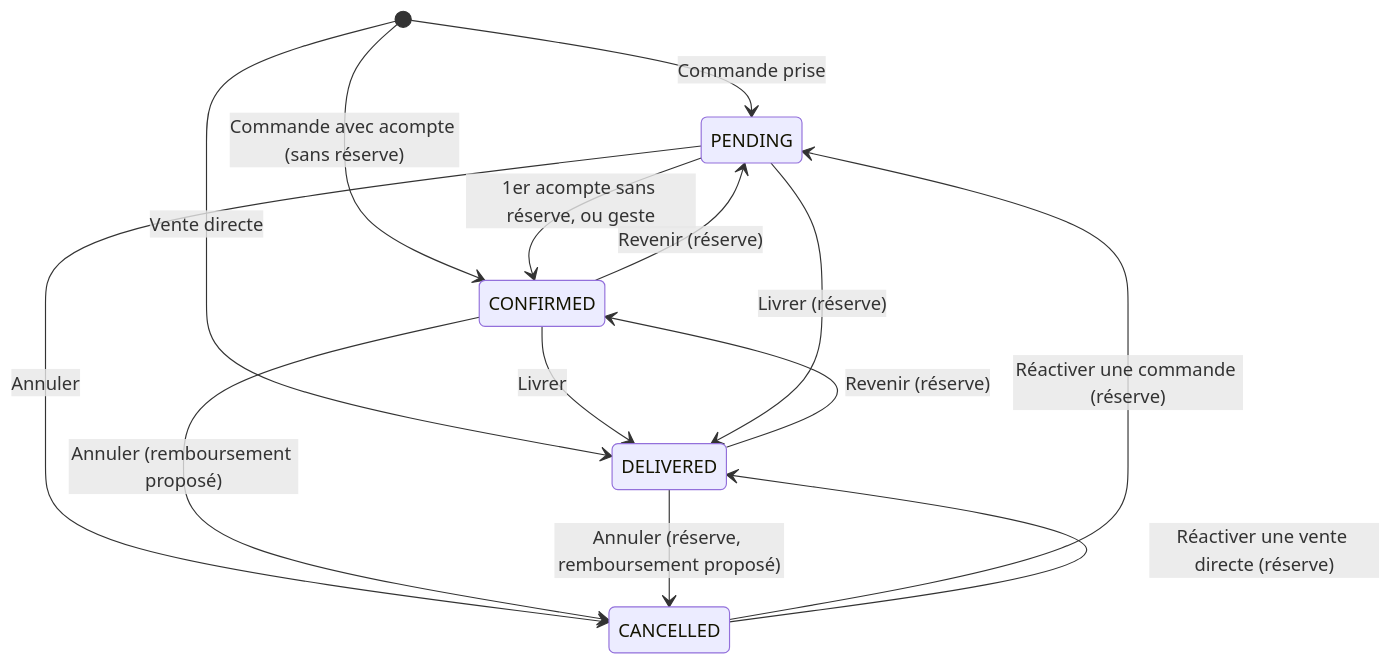
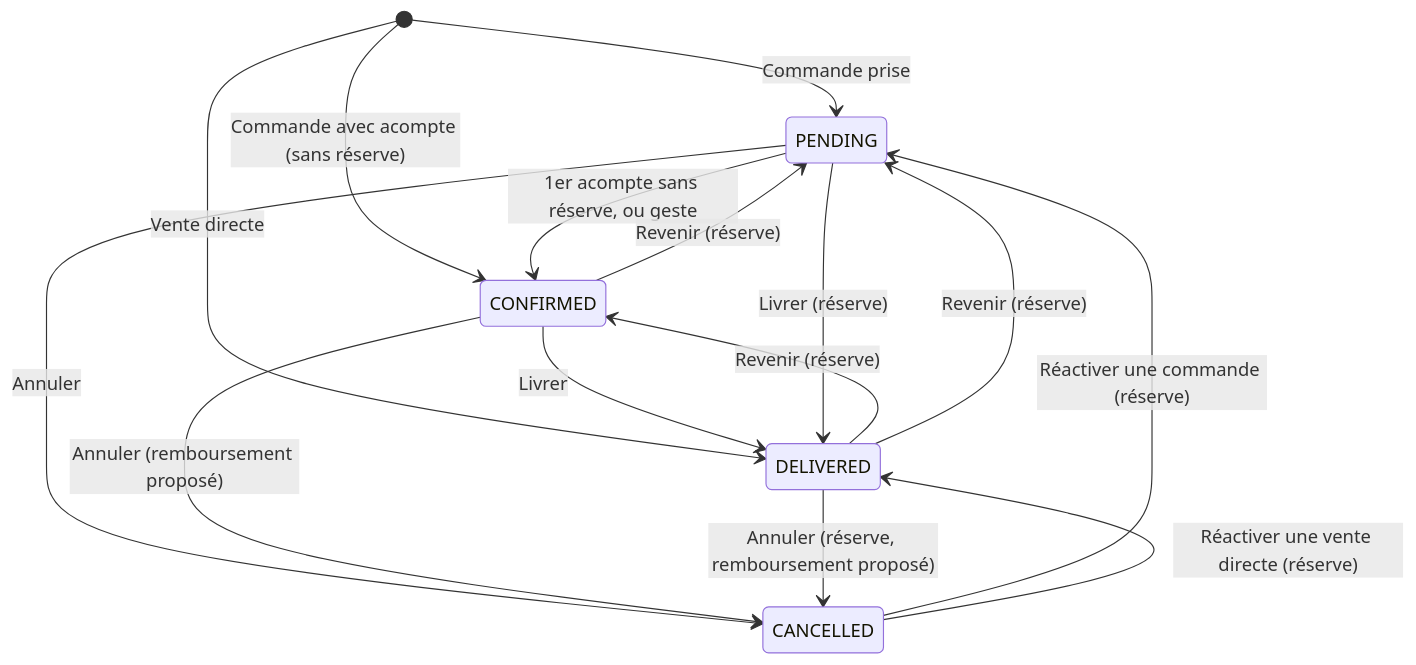
The first of 2 diagrams in docs/refonte/03-MODELE-DONNEES.md (RayaneTks/nurea-parfums), drawn with Mermaid before and after one commit. The commit also changed other lines of this file and 259 other files, not shown here.

````diff
--- a/docs/refonte/03-MODELE-DONNEES.md
+++ b/docs/refonte/03-MODELE-DONNEES.md
@@ -113,16 +113,17 @@
 ```mermaid
 stateDiagram-v2
     [*] --> PENDING : Commande prise
     [*] --> CONFIRMED : Commande avec acompte (sans réserve)
     [*] --> DELIVERED : Vente directe
     PENDING --> CONFIRMED : 1er acompte sans réserve, ou geste
     CONFIRMED --> DELIVERED : Livrer
     PENDING --> DELIVERED : Livrer (réserve)
     DELIVERED --> CONFIRMED : Revenir (réserve)
+    DELIVERED --> PENDING : Revenir (réserve)
     CONFIRMED --> PENDING : Revenir (réserve)
     PENDING --> CANCELLED : Annuler
     CONFIRMED --> CANCELLED : Annuler (remboursement proposé)
     DELIVERED --> CANCELLED : Annuler (réserve, remboursement proposé)
     CANCELLED --> PENDING : Réactiver une commande (réserve)
     CANCELLED --> DELIVERED : Réactiver une vente directe (réserve)
 ```
````
